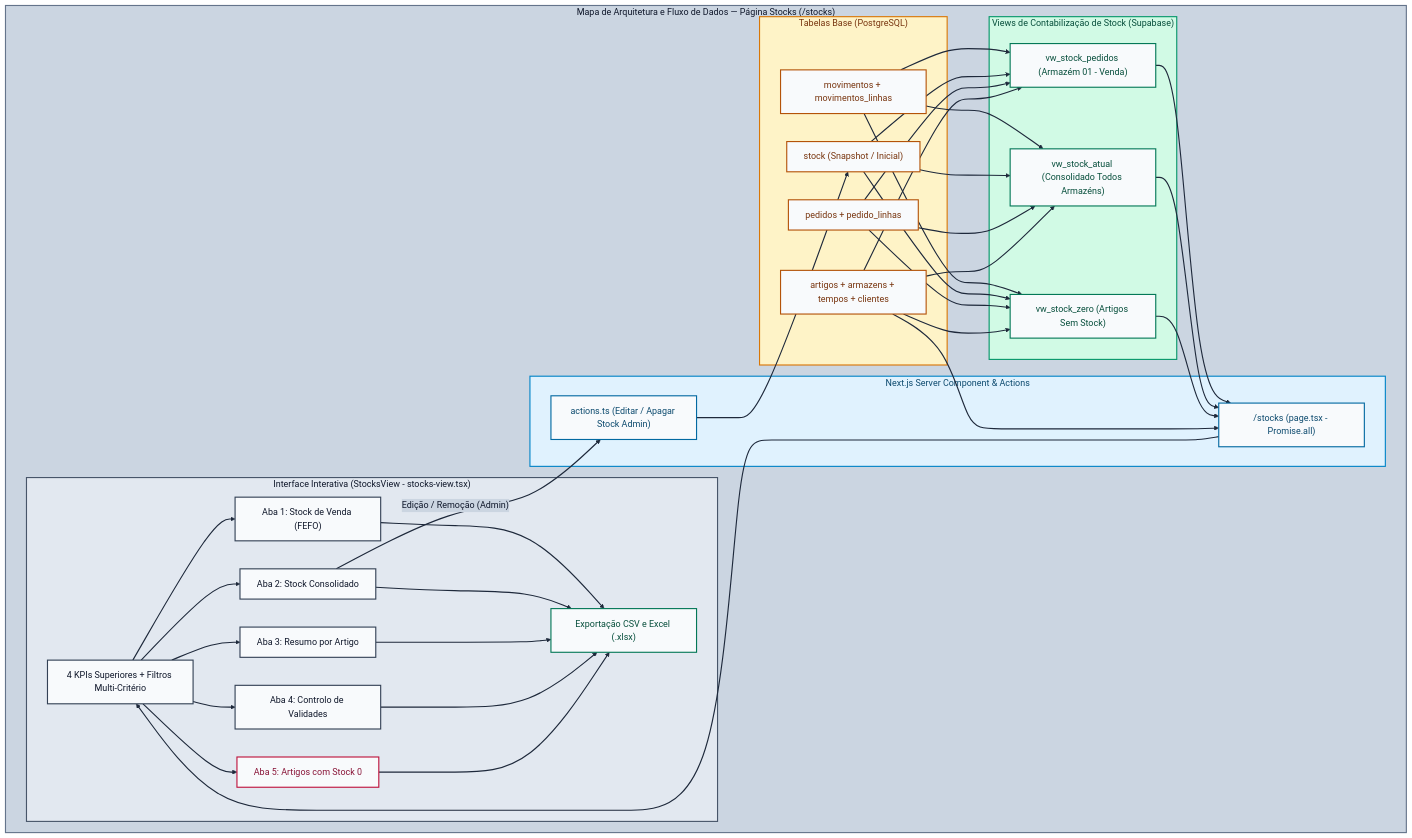
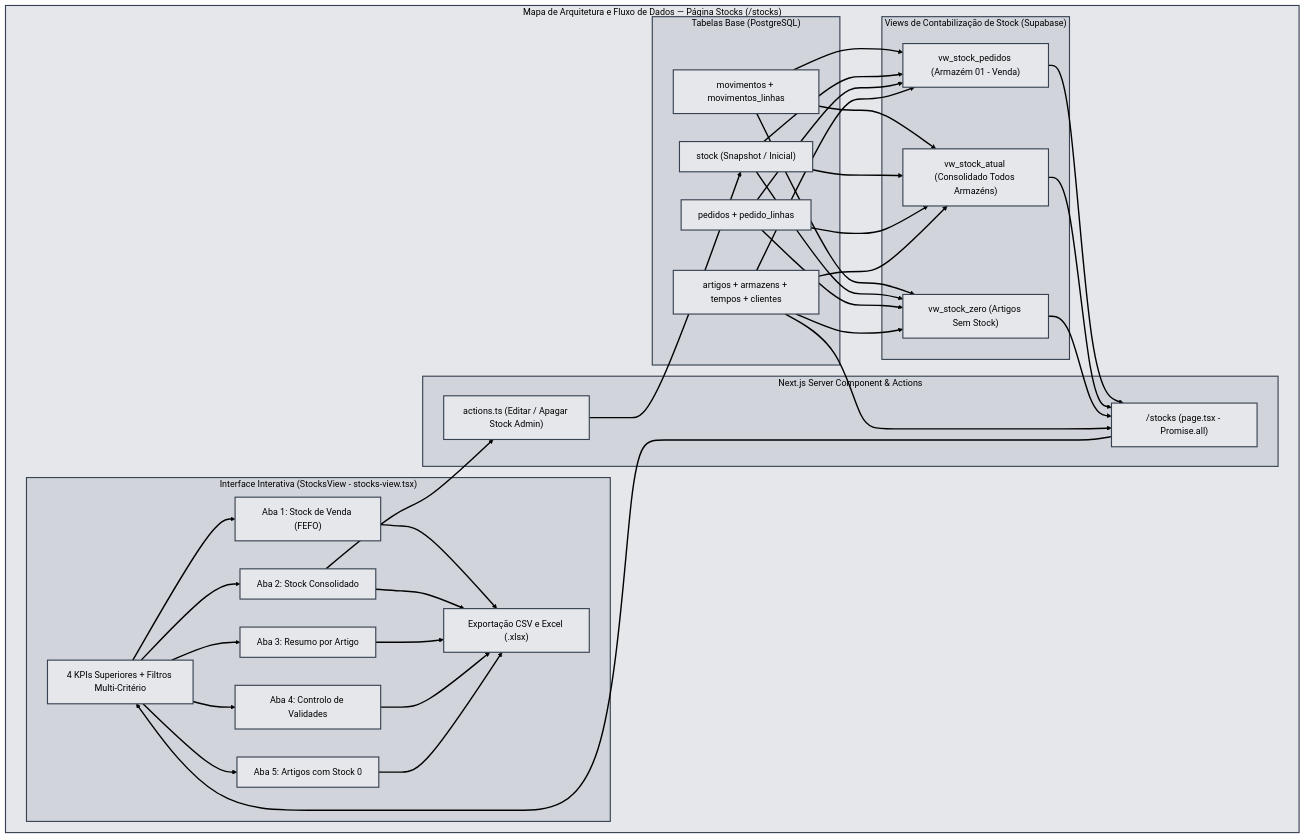
One commit to jmv2026/platfarmasupa changed the diagram in docs/DOCUMENTACAO_STOCKS.md. Above: the diagram before and after it, drawn with Mermaid. The commit also changed 2 other files, not shown here.

Commit message:
atualização-artefactos _documentos-md

````diff
--- a/docs/DOCUMENTACAO_STOCKS.md
+++ b/docs/DOCUMENTACAO_STOCKS.md
@@ -14,24 +14,5 @@
 ```mermaid
-%%{init: {
-  'theme': 'base',
-  'themeVariables': {
-    'background': '#d1d5db',
-    'mainBkg': '#e2e8f0',
-    'primaryColor': '#f8fafc',
-    'primaryTextColor': '#0f172a',
-    'primaryBorderColor': '#334155',
-    'lineColor': '#1e293b',
-    'secondaryColor': '#e2e8f0',
-    'tertiaryColor': '#cbd5e1',
-    'clusterBkg': '#e2e8f0',
-    'clusterBorder': '#475569',
-    'titleColor': '#0f172a',
-    'edgeLabelBackground': '#cbd5e1',
-    'nodeTextColor': '#0f172a',
-    'textColor': '#0f172a'
-  },
-  'themeCSS': 'svg { background-color: #d1d5db !important; border-radius: 10px; padding: 12px; } .labelBkg, .edgeLabel, .edgeLabel rect, .edgeLabel span, .edgeLabel p { background-color: #cbd5e1 !important; fill: #cbd5e1 !important; color: #0f172a !important; } .nodeLabel, .cluster-label span, .cluster-label p, text, tspan { color: #0f172a !important; fill: #0f172a !important; }'
-}}%%
+%%{init: {"theme": "base", "themeVariables": {"background": "#e5e7eb", "primaryColor": "#e5e7eb", "primaryTextColor": "#000000", "primaryBorderColor": "#374151", "lineColor": "#000000", "secondaryColor": "#e5e7eb", "tertiaryColor": "#d1d5db", "mainBkg": "#e5e7eb", "nodeBkg": "#e5e7eb", "clusterBkg": "#d1d5db", "clusterBorder": "#374151", "titleColor": "#000000", "edgeLabelBackground": "#e5e7eb", "textColor": "#000000", "nodeTextColor": "#000000"}}}%%
 flowchart TD
     subgraph Canvas ["Mapa de Arquitetura e Fluxo de Dados — Página Stocks (/stocks)"]
         subgraph Origem ["Tabelas Base (PostgreSQL)"]
@@ -67,35 +48,35 @@
         P_STK --> KPI
         KPI --> TAB1 & TAB2 & TAB3 & TAB4 & TAB5
         TAB1 & TAB2 & TAB3 & TAB4 & TAB5 --> EXP
-        TAB2 -- "Edição / Remoção (Admin)" --> A_STK
+        TAB2 --> A_STK
         A_STK --> T_STK
     end
 
-    style Canvas fill:#cbd5e1,stroke:#64748b,stroke-width:2px,color:#0f172a
-    style Origem fill:#fef3c7,stroke:#d97706,stroke-width:2px,color:#78350f
-    style Views fill:#d1fae5,stroke:#059669,stroke-width:2px,color:#064e3b
-    style Server fill:#e0f2fe,stroke:#0284c7,stroke-width:2px,color:#0c4a6e
-    style Client fill:#e2e8f0,stroke:#475569,stroke-width:2px,color:#0f172a
+    style Canvas fill:#e5e7eb,stroke:#374151,stroke-width:2px,color:#000000
+    style Origem fill:#d1d5db,stroke:#374151,stroke-width:2px,color:#000000
+    style Views fill:#d1d5db,stroke:#374151,stroke-width:2px,color:#000000
+    style Server fill:#d1d5db,stroke:#374151,stroke-width:2px,color:#000000
+    style Client fill:#d1d5db,stroke:#374151,stroke-width:2px,color:#000000
 
-    style T_MOV fill:#f8fafc,stroke:#b45309,stroke-width:2px,color:#78350f
-    style T_STK fill:#f8fafc,stroke:#b45309,stroke-width:2px,color:#78350f
-    style T_PED fill:#f8fafc,stroke:#b45309,stroke-width:2px,color:#78350f
-    style T_ART fill:#f8fafc,stroke:#b45309,stroke-width:2px,color:#78350f
+    style T_MOV fill:#e5e7eb,stroke:#374151,stroke-width:2px,color:#000000
+    style T_STK fill:#e5e7eb,stroke:#374151,stroke-width:2px,color:#000000
+    style T_PED fill:#e5e7eb,stroke:#374151,stroke-width:2px,color:#000000
+    style T_ART fill:#e5e7eb,stroke:#374151,stroke-width:2px,color:#000000
 
-    style V_PED fill:#f8fafc,stroke:#047857,stroke-width:2px,color:#064e3b
-    style V_ATU fill:#f8fafc,stroke:#047857,stroke-width:2px,color:#064e3b
-    style V_ZER fill:#f8fafc,stroke:#047857,stroke-width:2px,color:#064e3b
+    style V_PED fill:#e5e7eb,stroke:#374151,stroke-width:2px,color:#000000
+    style V_ATU fill:#e5e7eb,stroke:#374151,stroke-width:2px,color:#000000
+    style V_ZER fill:#e5e7eb,stroke:#374151,stroke-width:2px,color:#000000
 
-    style P_STK fill:#f8fafc,stroke:#0369a1,stroke-width:2px,color:#0c4a6e
-    style A_STK fill:#f8fafc,stroke:#0369a1,stroke-width:2px,color:#0c4a6e
+    style P_STK fill:#e5e7eb,stroke:#374151,stroke-width:2px,color:#000000
+    style A_STK fill:#e5e7eb,stroke:#374151,stroke-width:2px,color:#000000
 
-    style KPI fill:#f8fafc,stroke:#334155,stroke-width:2px,color:#0f172a
-    style TAB1 fill:#f8fafc,stroke:#334155,stroke-width:2px,color:#0f172a
-    style TAB2 fill:#f8fafc,stroke:#334155,stroke-width:2px,color:#0f172a
-    style TAB3 fill:#f8fafc,stroke:#334155,stroke-width:2px,color:#0f172a
-    style TAB4 fill:#f8fafc,stroke:#334155,stroke-width:2px,color:#0f172a
-    style TAB5 fill:#f8fafc,stroke:#be123c,stroke-width:2px,color:#881337
-    style EXP fill:#f8fafc,stroke:#047857,stroke-width:2px,color:#064e3b
+    style KPI fill:#e5e7eb,stroke:#374151,stroke-width:2px,color:#000000
+    style TAB1 fill:#e5e7eb,stroke:#374151,stroke-width:2px,color:#000000
+    style TAB2 fill:#e5e7eb,stroke:#374151,stroke-width:2px,color:#000000
+    style TAB3 fill:#e5e7eb,stroke:#374151,stroke-width:2px,color:#000000
+    style TAB4 fill:#e5e7eb,stroke:#374151,stroke-width:2px,color:#000000
+    style TAB5 fill:#e5e7eb,stroke:#374151,stroke-width:2px,color:#000000
+    style EXP fill:#e5e7eb,stroke:#374151,stroke-width:2px,color:#000000
 
-    linkStyle default stroke:#1e293b,stroke-width:2px,color:#0f172a
+    linkStyle default stroke:#000000,stroke-width:2.5px,color:#000000
 ```
````
